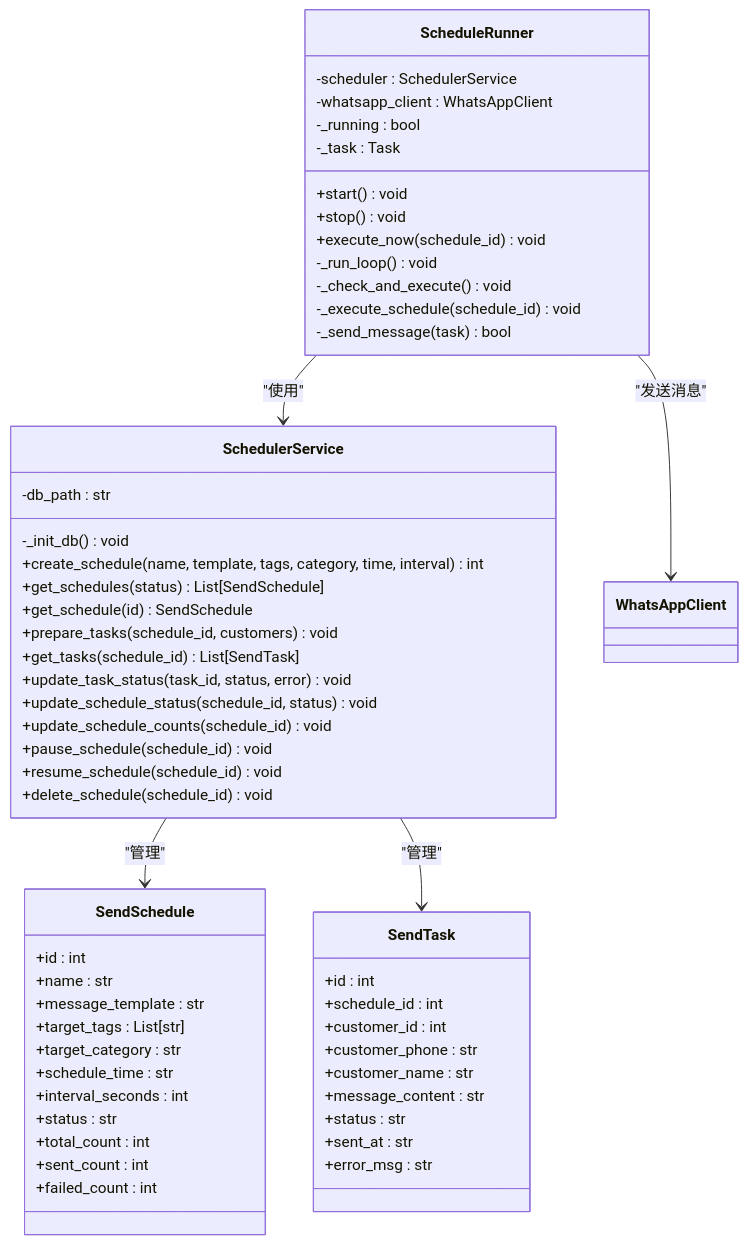
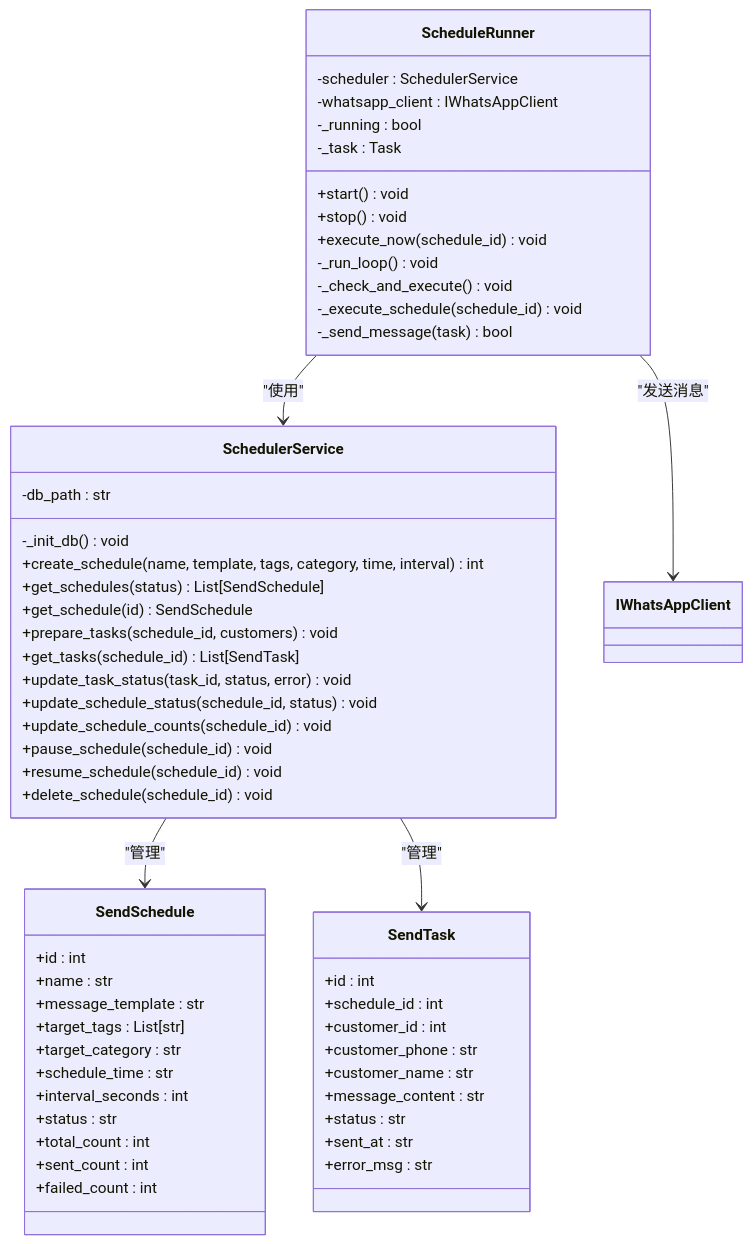
Before and after one commit to 2950730liao-hub/whatsapp-reply: the ninth of 10 diagrams in .qoder/repowiki/zh/content/核心模块/WhatsApp集成模块.md, drawn with Mermaid. The commit also changed other lines of this file and 15 other files, not shown here.

````diff
--- a/.qoder/repowiki/zh/content/核心模块/WhatsApp集成模块.md
+++ b/.qoder/repowiki/zh/content/核心模块/WhatsApp集成模块.md
@@ -385,59 +503,59 @@
 ```mermaid
 classDiagram
 class SchedulerService {
 -db_path : str
 -_init_db() void
 +create_schedule(name, template, tags, category, time, interval) int
 +get_schedules(status) List[SendSchedule]
 +get_schedule(id) SendSchedule
 +prepare_tasks(schedule_id, customers) void
 +get_tasks(schedule_id) List[SendTask]
 +update_task_status(task_id, status, error) void
 +update_schedule_status(schedule_id, status) void
 +update_schedule_counts(schedule_id) void
 +pause_schedule(schedule_id) void
 +resume_schedule(schedule_id) void
 +delete_schedule(schedule_id) void
 }
 class ScheduleRunner {
 -scheduler : SchedulerService
--whatsapp_client : WhatsAppClient
+-whatsapp_client : IWhatsAppClient
 -_running : bool
 -_task : Task
 +start() void
 +stop() void
 +execute_now(schedule_id) void
 -_run_loop() void
 -_check_and_execute() void
 -_execute_schedule(schedule_id) void
 -_send_message(task) bool
 }
 class SendSchedule {
 +id : int
 +name : str
 +message_template : str
 +target_tags : List[str]
 +target_category : str
 +schedule_time : str
 +interval_seconds : int
 +status : str
 +total_count : int
 +sent_count : int
 +failed_count : int
 }
 class SendTask {
 +id : int
 +schedule_id : int
 +customer_id : int
 +customer_phone : str
 +customer_name : str
 +message_content : str
 +status : str
 +sent_at : str
 +error_msg : str
 }
 SchedulerService --> SendSchedule : "管理"
 SchedulerService --> SendTask : "管理"
 ScheduleRunner --> SchedulerService : "使用"
-ScheduleRunner --> WhatsAppClient : "发送消息"
+ScheduleRunner --> IWhatsAppClient : "发送消息"
 ```
````
